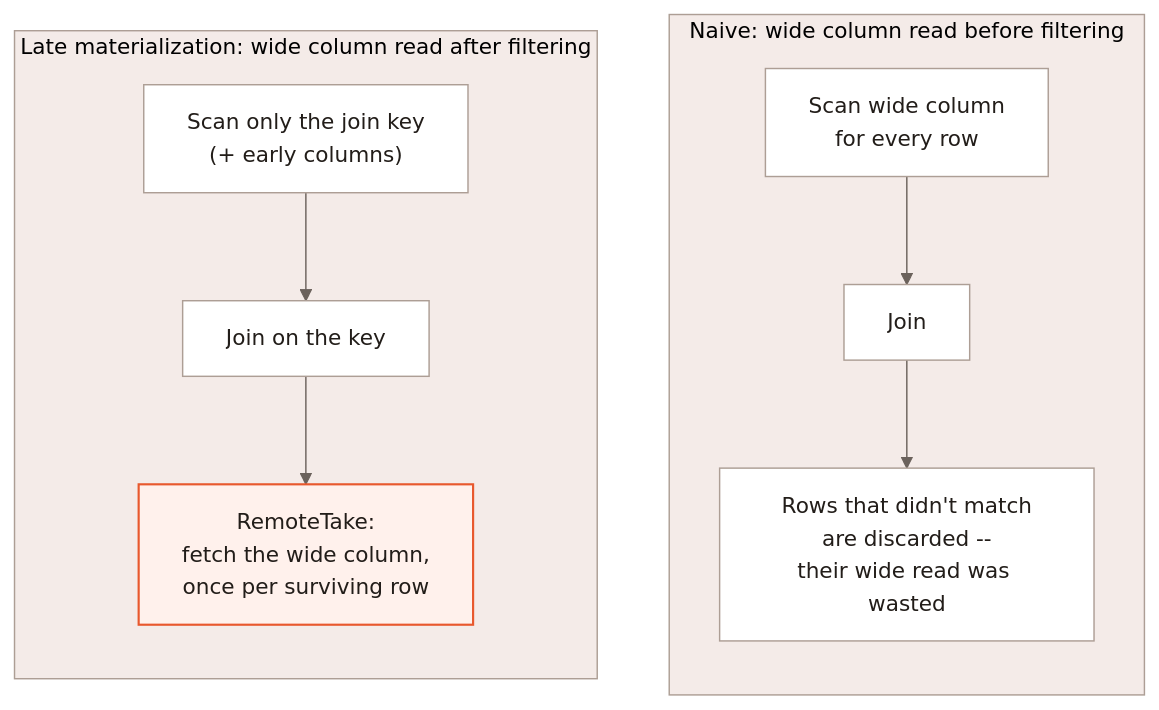
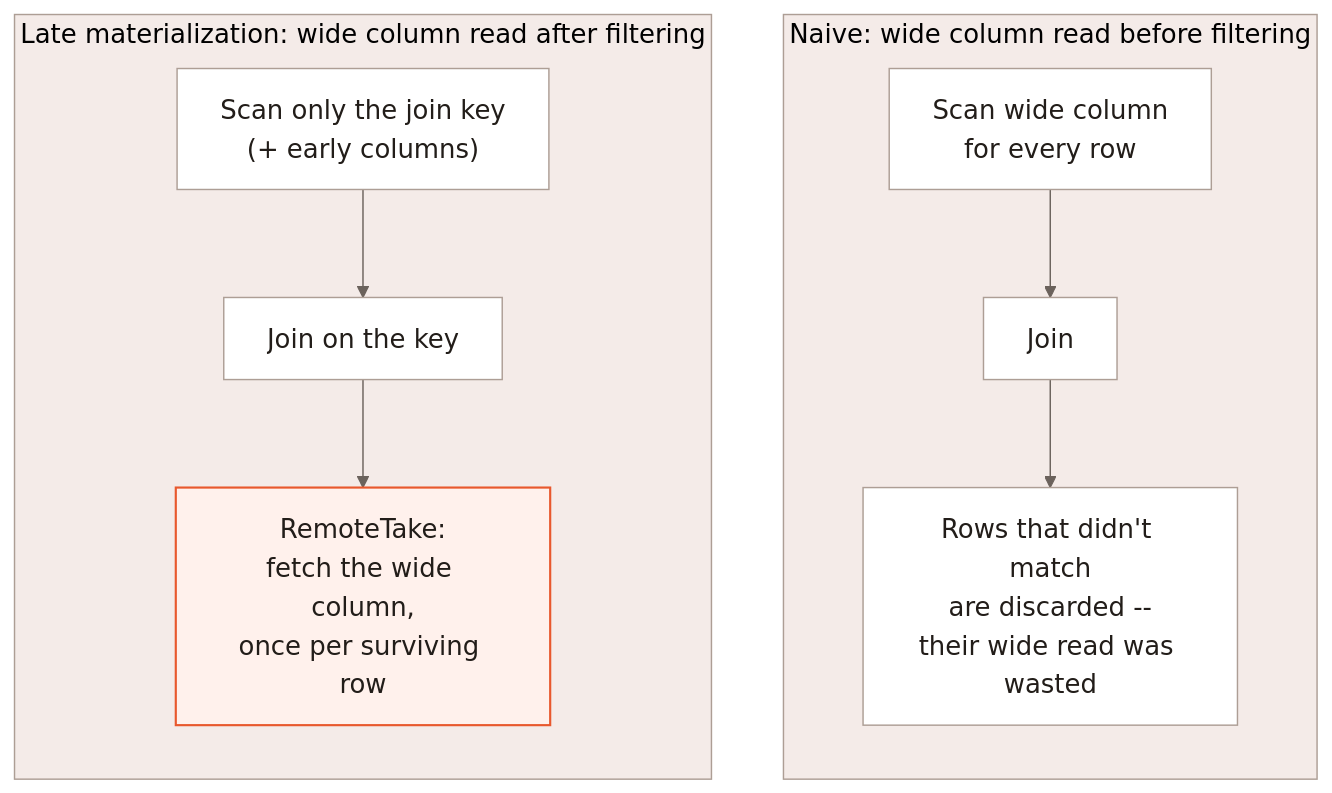
One commit to lancedb/lancedb changed the second of 2 diagrams in docs/web/curation/blob-late-materialization.mdx. Above: the diagram before and after it, drawn with Mermaid. The commit also changed other lines of this file and 18 other files, not shown here.

First line of the commit message:
style: increase Mermaid diagram font size and tone down dark-mode accent borders

````diff
--- a/docs/web/curation/blob-late-materialization.mdx
+++ b/docs/web/curation/blob-late-materialization.mdx
@@ -52,23 +52,23 @@
 ```mermaid
 %%{init: {"theme": "base", "themeVariables": {
   "background": "#ffffff", "primaryColor": "#ffffff", "primaryTextColor": "#221d19",
   "primaryBorderColor": "#ad9e95", "lineColor": "#6b625c", "textColor": "#221d19",
   "clusterBkg": "#f4ebe8", "clusterBorder": "#ad9e95", "edgeLabelBackground": "#ffffff",
-  "fontFamily": "Inter, sans-serif", "fontSize": "15px"
+  "fontFamily": "Inter, sans-serif", "fontSize": "18px"
 }}}%%
 flowchart TB
     subgraph Naive["Naive: wide column read before filtering"]
     direction TB
     N1["Scan wide column<br/>for every row"] --> N2["Join"]
     N2 --> N3["Rows that didn't match<br/>are discarded --<br/>their wide read was wasted"]
     end
 
     subgraph Deferred["Late materialization: wide column read after filtering"]
     direction TB
     D1["Scan only the join key<br/>(+ early columns)"] --> D2["Join on the key"]
     D2 --> D3["RemoteTake:<br/>fetch the wide column,<br/>once per surviving row"]
     end
     classDef default fill:#ffffff,stroke:#ad9e95,stroke-width:1px,color:#221d19
     classDef accent fill:#fff1ec,stroke:#e8582d,stroke-width:1.5px,color:#221d19
     class D3 accent
 ```
````
